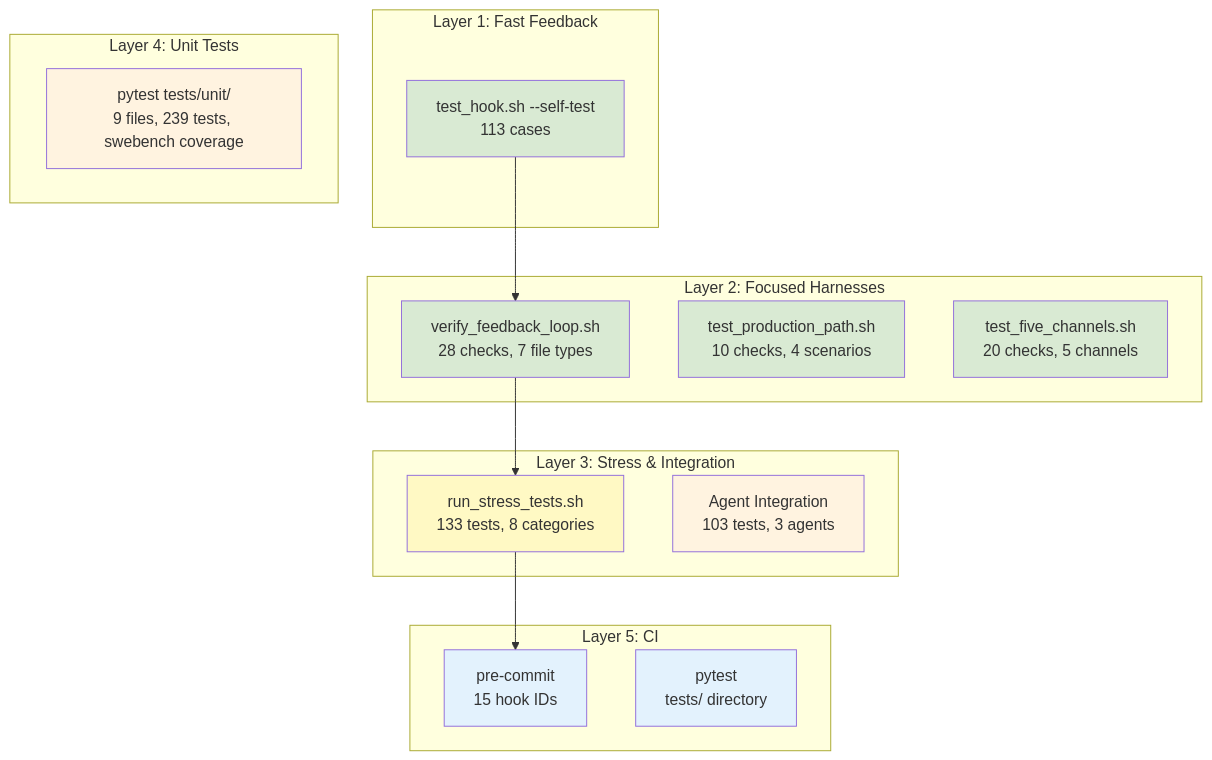
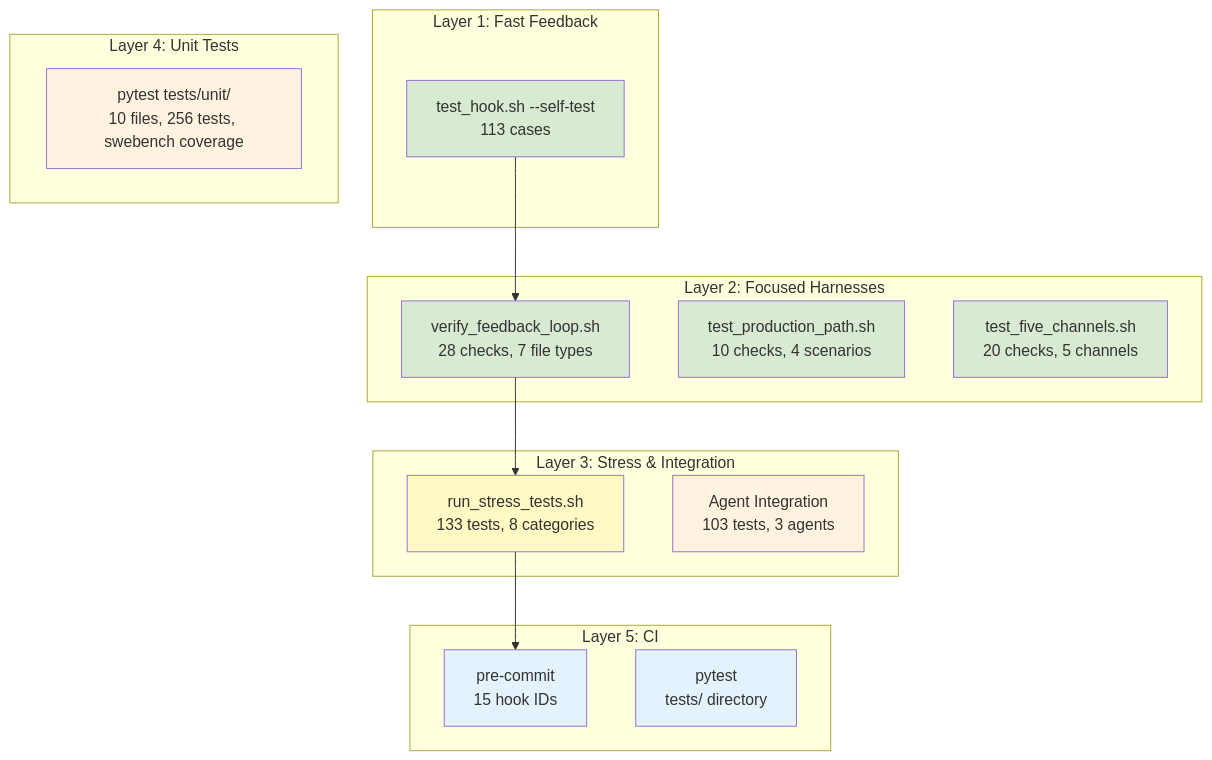
One commit to tglowaski/plankton changed the diagram in docs/psf/01-testing-infrastructure.md. Above: the diagram before and after it, drawn with Mermaid. The commit also changed other lines of this file and 20 other files, not shown here.

````diff
--- a/docs/psf/01-testing-infrastructure.md
+++ b/docs/psf/01-testing-infrastructure.md
@@ -56,40 +57,40 @@
 ```mermaid
 graph TB
     subgraph "Layer 1: Fast Feedback"
         ST[test_hook.sh --self-test<br/>113 cases]
     end
 
     subgraph "Layer 2: Focused Harnesses"
         FL[verify_feedback_loop.sh<br/>28 checks, 7 file types]
         PP[test_production_path.sh<br/>10 checks, 4 scenarios]
         FC[test_five_channels.sh<br/>20 checks, 5 channels]
     end
 
     subgraph "Layer 3: Stress & Integration"
         SS[run_stress_tests.sh<br/>133 tests, 8 categories]
         AG[Agent Integration<br/>103 tests, 3 agents]
     end
 
     subgraph "Layer 4: Unit Tests"
-        UT[pytest tests/unit/<br/>9 files, 239 tests, swebench coverage]
+        UT[pytest tests/unit/<br/>10 files, 256 tests, swebench coverage]
     end
 
     subgraph "Layer 5: CI"
         PC[pre-commit<br/>15 hook IDs]
         PT[pytest<br/>tests/ directory]
     end
 
     ST --> FL
     FL --> SS
     SS --> PC
 
     style ST fill:#d9ead3
     style FL fill:#d9ead3
     style PP fill:#d9ead3
     style FC fill:#d9ead3
     style SS fill:#fff9c4
     style AG fill:#fff3e0
     style PC fill:#e3f2fd
     style UT fill:#fff3e0
     style PT fill:#e3f2fd
 ```
````
